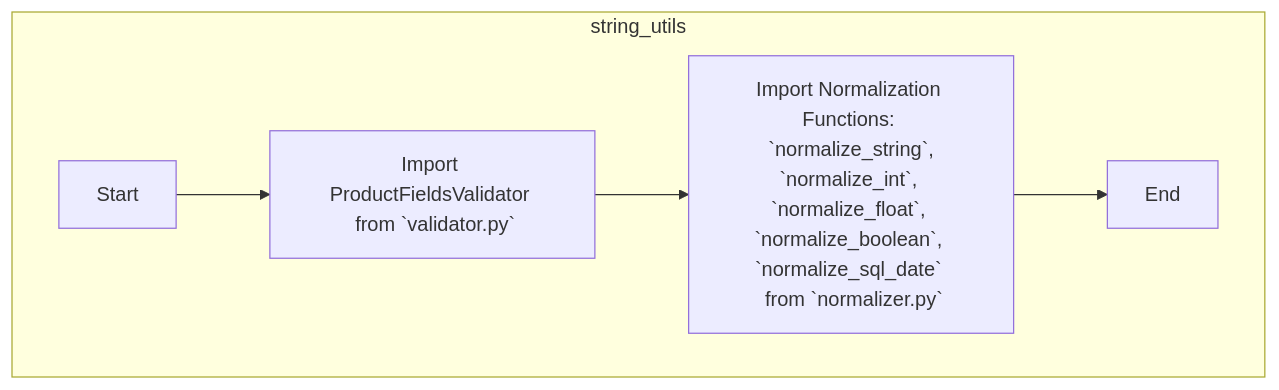
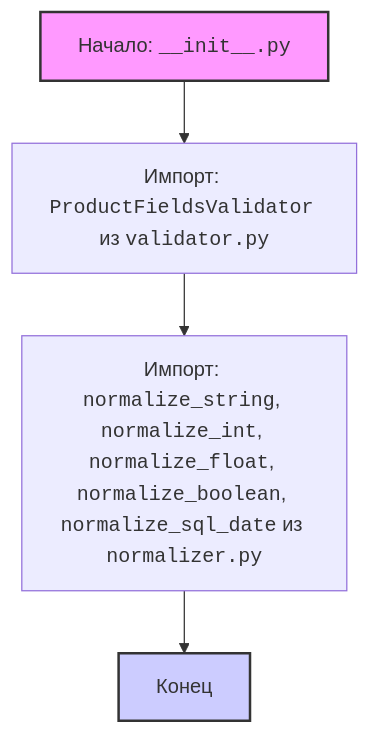
Before and after one commit to hypo69/hypo: the diagram in docs/gemini/ru/explainer/src/utils/string/__init__.py.md, drawn with Mermaid. The commit also changed other lines of this file and 1505 other files, not shown here.

````diff
--- a/docs/gemini/ru/explainer/src/utils/string/__init__.py.md
+++ b/docs/gemini/ru/explainer/src/utils/string/__init__.py.md
@@ -53,8 +57,9 @@
 ```mermaid
 flowchart TD
-    subgraph string_utils
-      Start --> import_validator[Import ProductFieldsValidator <br> from `validator.py`]
-      import_validator --> import_normalizer[Import Normalization Functions: <br> `normalize_string`, `normalize_int`, `normalize_float`, `normalize_boolean`, `normalize_sql_date` <br> from `normalizer.py`]
-      import_normalizer --> End
-    end
+    Start[Начало: <code>__init__.py</code>] --> ImportValidator[Импорт: <code>ProductFieldsValidator</code> из <code>validator.py</code>];
+    ImportValidator --> ImportNormalizer[Импорт: <code>normalize_string</code>, <code>normalize_int</code>, <code>normalize_float</code>, <code>normalize_boolean</code>, <code>normalize_sql_date</code> из <code>normalizer.py</code>];
+    ImportNormalizer --> End[Конец];
+
+    style Start fill:#f9f,stroke:#333,stroke-width:2px
+    style End fill:#ccf,stroke:#333,stroke-width:2px
 ```
````
